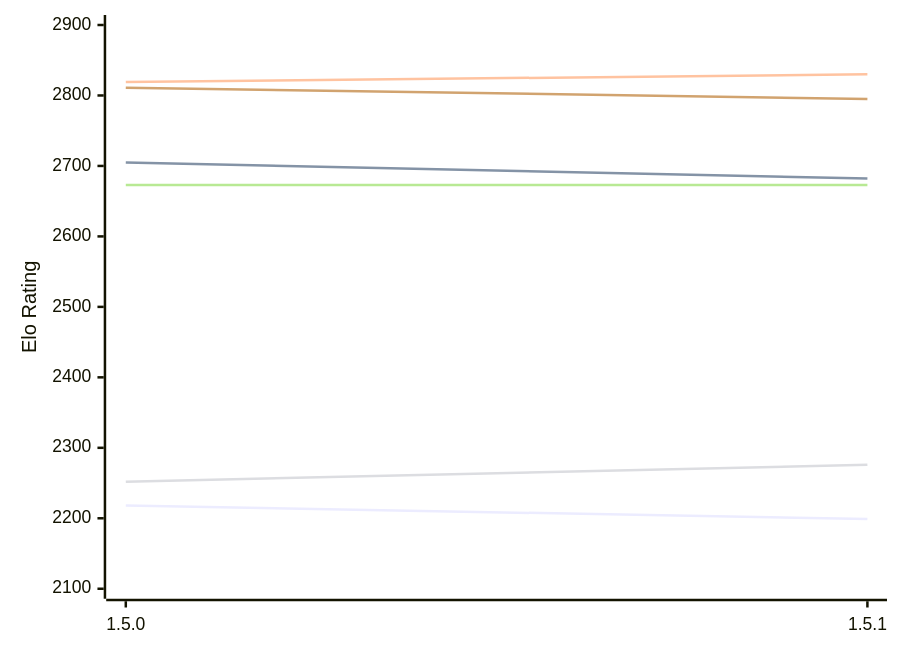
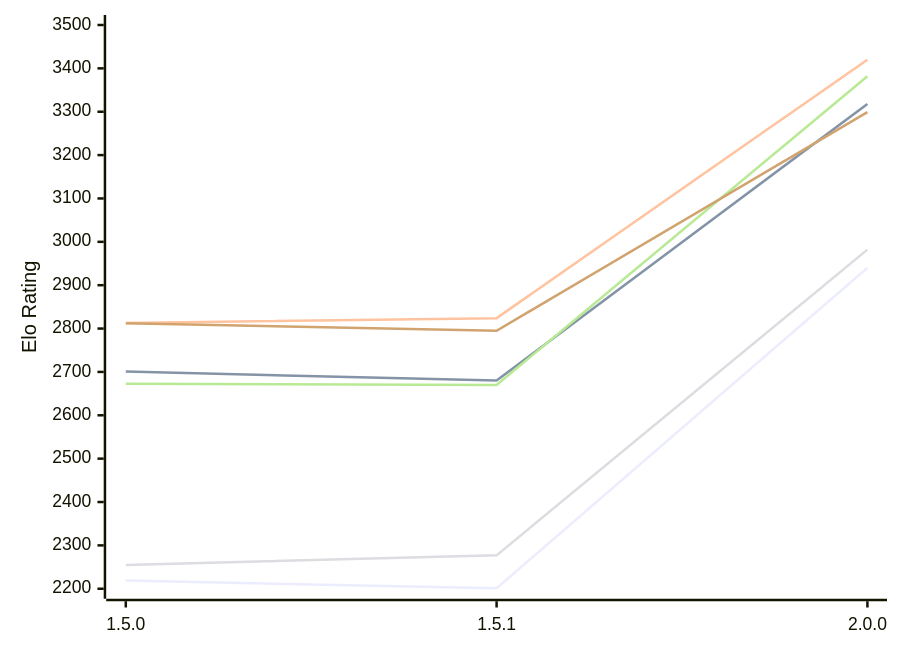
Before and after one commit to computer-chess-index/cci: the first of 2 diagrams in engines/Coco.md, drawn with Mermaid. The commit also changed other lines of this file, not shown here.

Commit message:
Update CCI Ratings (ELO VLTC) - 2026-11-26

````diff
--- a/engines/Coco.md
+++ b/engines/Coco.md
@@ -50,12 +52,12 @@
 ```mermaid
 %%{init: {"theme":"base","themeVariables":{"seriesColors:['#a3a3a3','#222221','#faa371']}}}%%
 xychart-beta
-  x-axis ["1.5.0", "1.5.1"]
-  y-axis "Elo Rating" 2100 --> 2900
-  line "E1: STC (8.0+0.08s)" [2218, 2199]
-  line "E1: LTC (60.0+0.60s)" [2705, 2682]
-  line "E1: VLTC (2m24s+1.12s)" [2819, 2830]
-  line "P1: STC (8.0+0.08s)" [2252, 2276]
-  line "P1: LTC (60.0+0.60s)" [2673, 2673]
-  line "P1: VLTC (2m24s+1.12s)" [2811, 2795]
+  x-axis ["1.5.0", "1.5.1", "2.0.0"]
+  y-axis "Elo Rating" 2200 --> 3500
+  line "E1: STC (8.0+0.08s)" [2219, 2201, 2940]
+  line "E1: LTC (60.0+0.60s)" [2701, 2680, 3318]
+  line "E1: VLTC (2m24s+1.12s)" [2813, 2824, 3420]
+  line "P1: STC (8.0+0.08s)" [2255, 2277, 2982]
+  line "P1: LTC (60.0+0.60s)" [2673, 2670, 3382]
+  line "P1: VLTC (2m24s+1.12s)" [2812, 2795, 3299]
 ```
````
